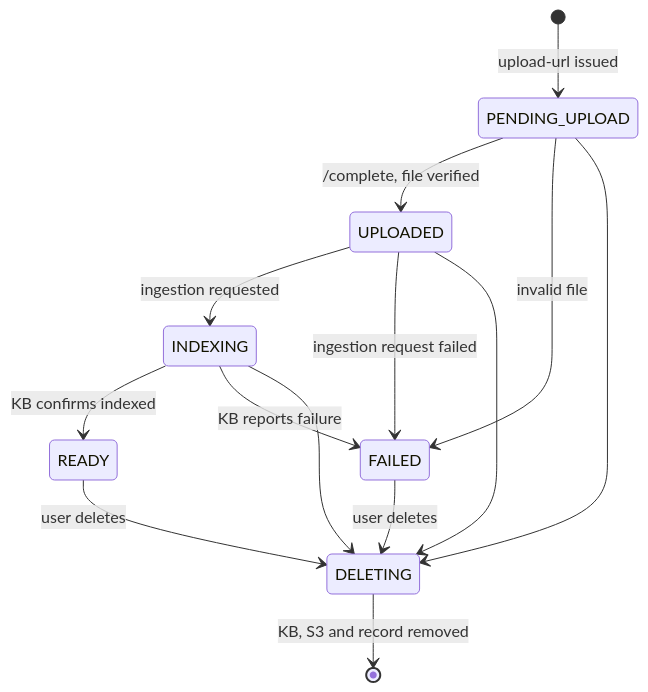
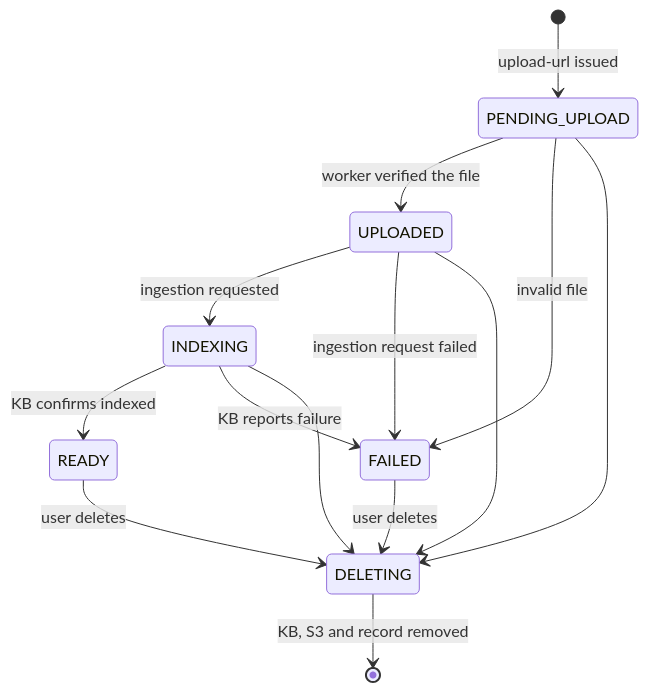
The fifth of 7 diagrams in docs/HOW_IT_WORKS.md (vuongnguyen-se/docs-communicator), drawn with Mermaid before and after one commit. The commit also changed other lines of this file and 6 other files, not shown here.

````diff
--- a/docs/HOW_IT_WORKS.md
+++ b/docs/HOW_IT_WORKS.md
@@ -214,16 +219,16 @@
 ```mermaid
 stateDiagram-v2
     [*] --> PENDING_UPLOAD: upload-url issued
-    PENDING_UPLOAD --> UPLOADED: /complete, file verified
+    PENDING_UPLOAD --> UPLOADED: worker verified the file
     PENDING_UPLOAD --> FAILED: invalid file
     UPLOADED --> INDEXING: ingestion requested
     UPLOADED --> FAILED: ingestion request failed
     INDEXING --> READY: KB confirms indexed
     INDEXING --> FAILED: KB reports failure
     PENDING_UPLOAD --> DELETING
     UPLOADED --> DELETING
     INDEXING --> DELETING
     READY --> DELETING: user deletes
     FAILED --> DELETING: user deletes
     DELETING --> [*]: KB, S3 and record removed
 ```
````
